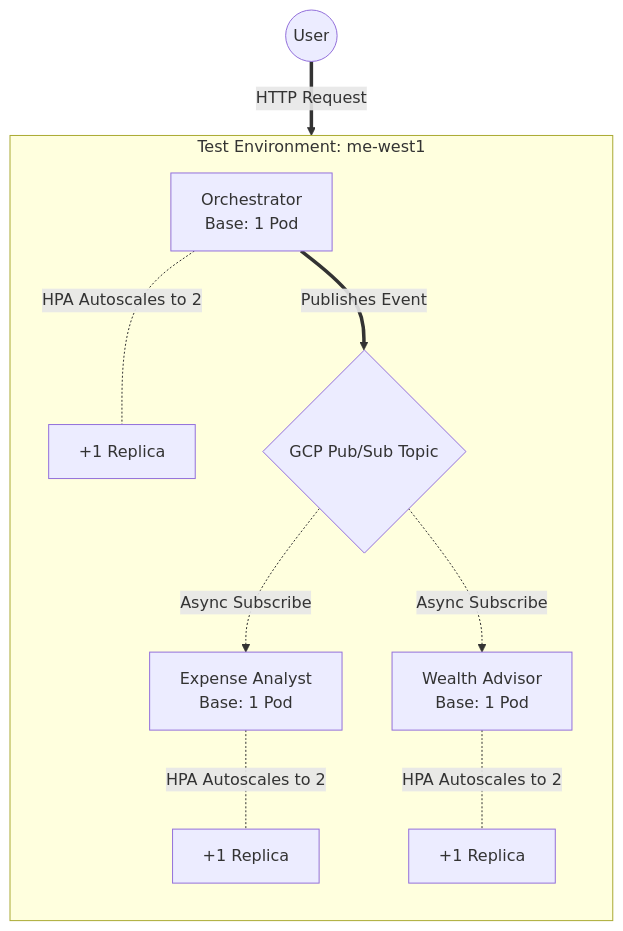
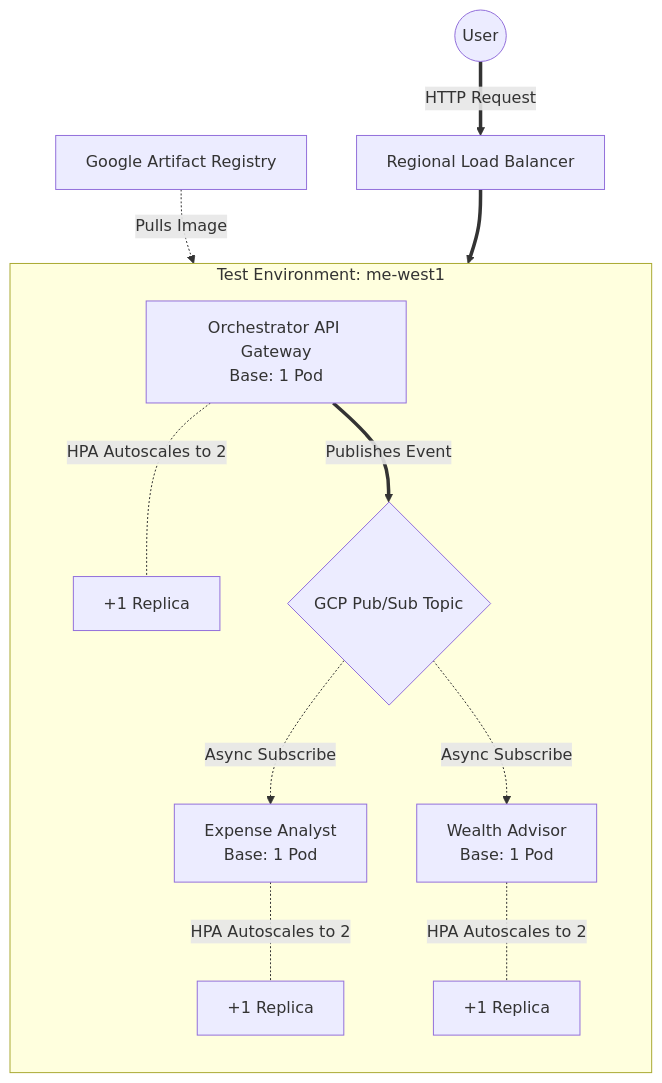
Before and after one commit to Eran-Meir/multi-agent-banking-mesh: the first of 2 diagrams in README.md, drawn with Mermaid. The commit also changed other lines of this file and 3 other files, not shown here.

Commit message:
feat: Add Artifact Registry Cleanup Policy and update architecture diagrams

````diff
--- a/README.md
+++ b/README.md
@@ -65,17 +65,19 @@
 ```mermaid
 graph TD
-    User((User)) ==> |HTTP Request| Orch[Orchestrator API Gateway]
+    User((User)) ==> |HTTP Request| RLB[Regional Load Balancer]
+    Artifacts[Google Artifact Registry] -.-> |Pulls Image| Orch
+    RLB ==> Orch[Orchestrator API Gateway<br/>Base: 1 Pod]
 
     subgraph Test [Test Environment: me-west1]
         direction TB
-        Orch[Orchestrator<br/>Base: 1 Pod] -.- |HPA Autoscales to 2| OrchR[+1 Replica]
+        Orch -.- |HPA Autoscales to 2| OrchR[+1 Replica]
         
         Orch ==> |Publishes Event| Topic{GCP Pub/Sub Topic}
         
         Topic -.-> |Async Subscribe| Analyst[Expense Analyst<br/>Base: 1 Pod]
         Analyst -.- |HPA Autoscales to 2| AnalystR[+1 Replica]
         
         Topic -.-> |Async Subscribe| Wealth[Wealth Advisor<br/>Base: 1 Pod]
         Wealth -.- |HPA Autoscales to 2| WealthR[+1 Replica]
     end
 ```
````
